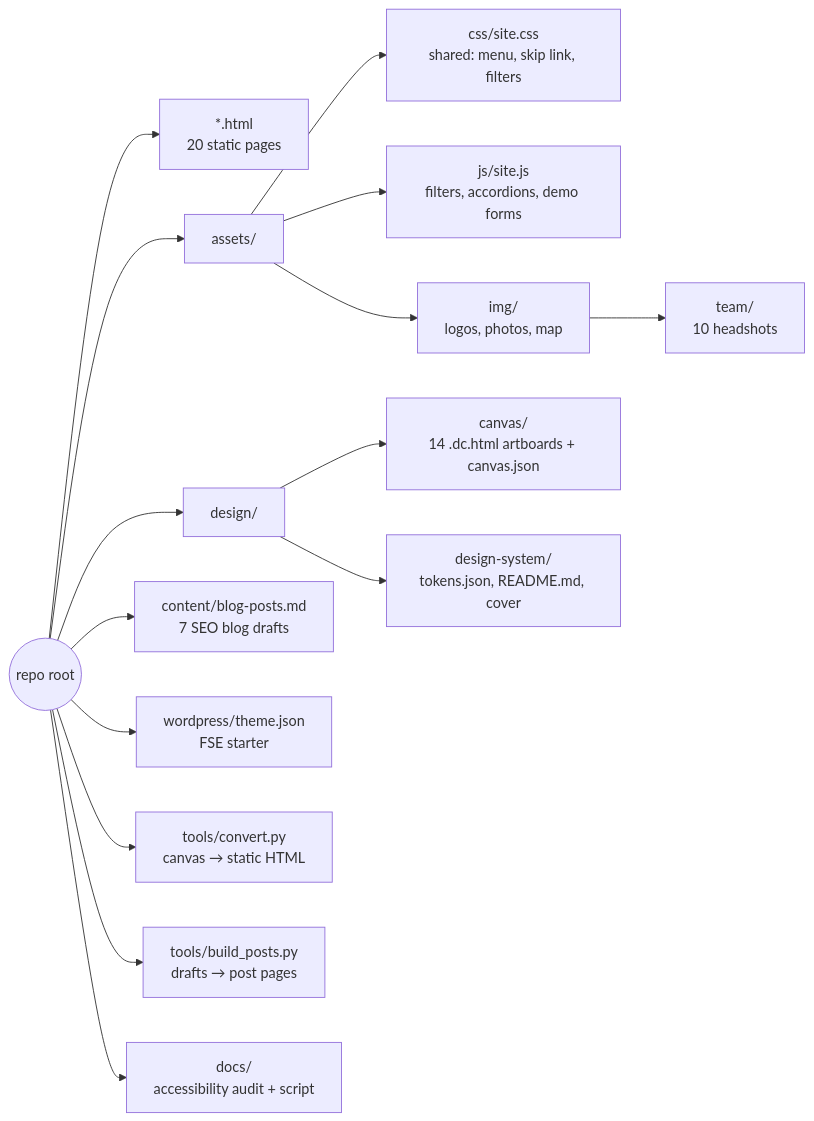
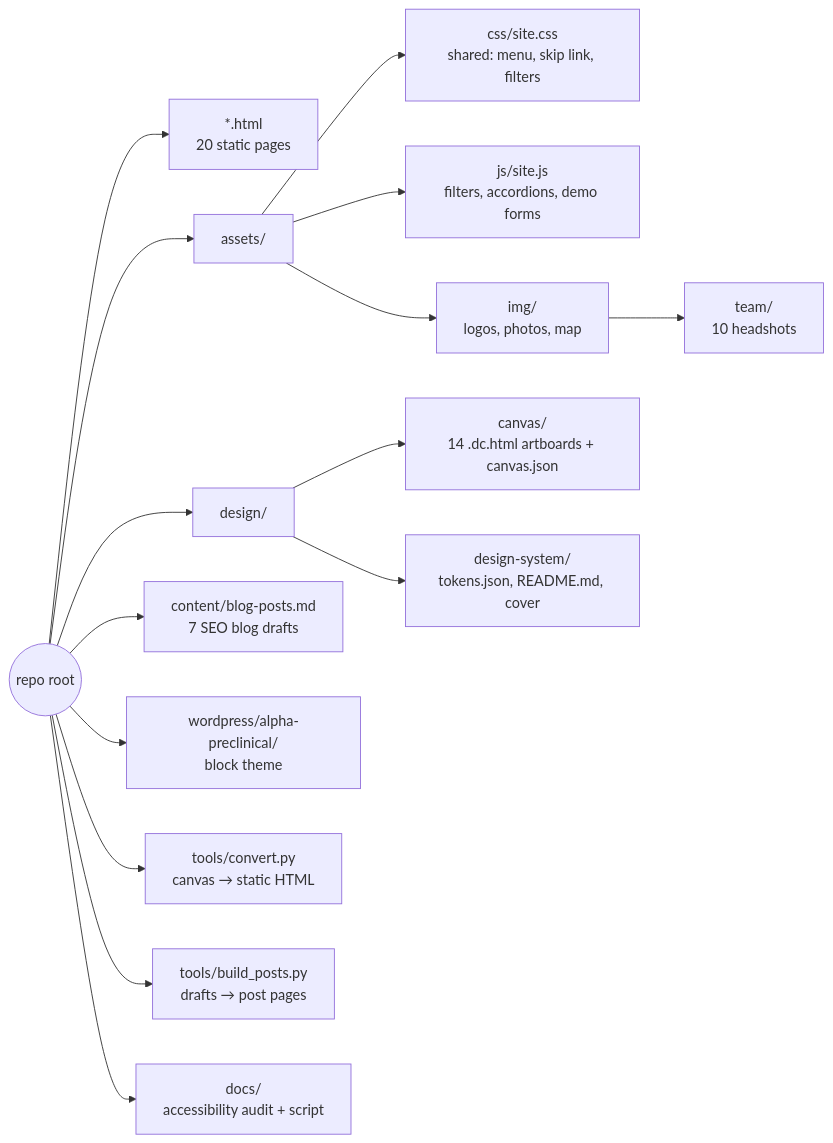
One commit to CptNope/Alpha-Preclinical changed the fifth of 10 diagrams in README.md. Above: the diagram before and after it, drawn with Mermaid. The commit also changed other lines of this file and 177 other files, not shown here.

First line of the commit message:
Add production WordPress block theme and update design system

````diff
--- a/README.md
+++ b/README.md
@@ -199,17 +199,17 @@
 ```mermaid
 flowchart LR
     R(("repo root")) --> P["*.html<br/>20 static pages"]
     R --> AS["assets/"]
     AS --> CSS["css/site.css<br/>shared: menu, skip link, filters"]
     AS --> JS["js/site.js<br/>filters, accordions, demo forms"]
     AS --> IMG["img/<br/>logos, photos, map"]
     IMG --> TEAM["team/<br/>10 headshots"]
     R --> DS["design/"]
     DS --> CV["canvas/<br/>14 .dc.html artboards + canvas.json"]
     DS --> SYS["design-system/<br/>tokens.json, README.md, cover"]
     R --> CT["content/blog-posts.md<br/>7 SEO blog drafts"]
-    R --> WP["wordpress/theme.json<br/>FSE starter"]
+    R --> WP["wordpress/alpha-preclinical/<br/>block theme"]
     R --> TL["tools/convert.py<br/>canvas → static HTML"]
     R --> TB["tools/build_posts.py<br/>drafts → post pages"]
     R --> DC["docs/<br/>accessibility audit + script"]
 ```
````
